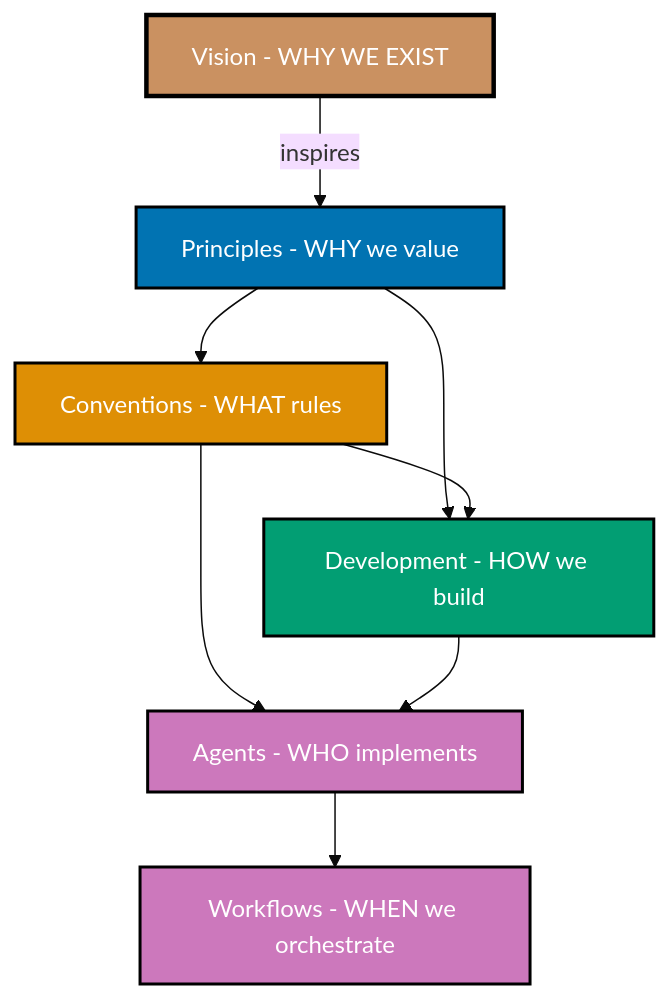
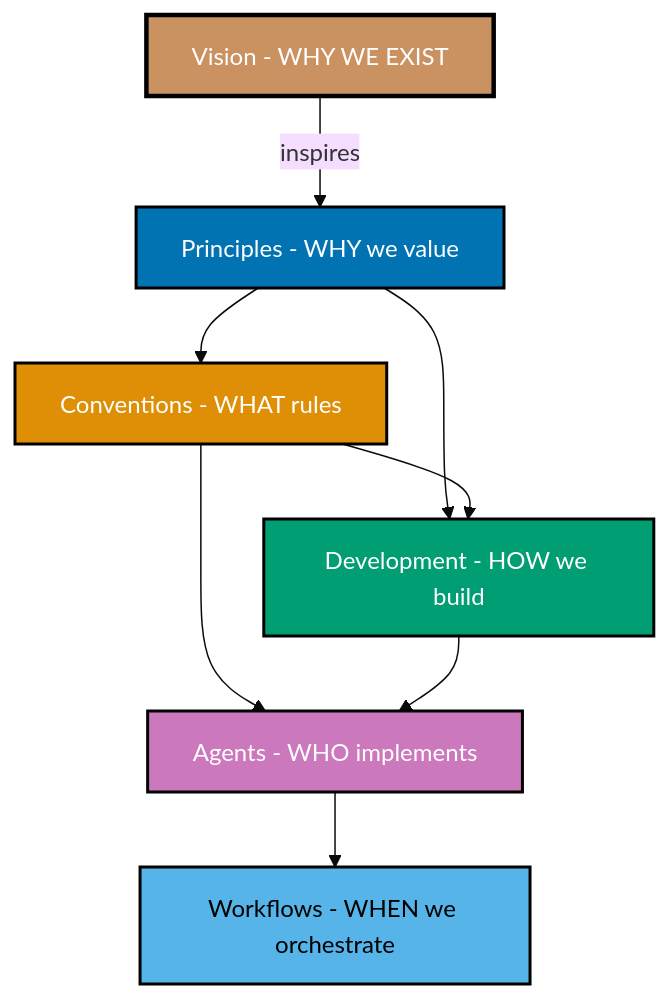
One commit to wahidyankf/open-sharia-enterprise changed the diagram in governance/vision/README.md. Above: the diagram before and after it, drawn with Mermaid (base theme). The commit also changed 148 other files, not shown here.

````diff
--- a/governance/vision/README.md
+++ b/governance/vision/README.md
@@ -24,26 +24,26 @@
 ```mermaid
 %% Color Palette: Blue #0173B2, Orange #DE8F05, Teal #029E73, Purple #CC78BC, Brown #CA9161
 %% All colors are color-blind friendly and meet WCAG AA contrast standards
 graph TD
     A[Vision - WHY WE EXIST]
     B[Principles - WHY we value]
     C[Conventions - WHAT rules]
     D[Development - HOW we build]
     E[Agents - WHO implements]
     F[Workflows - WHEN we orchestrate]
 
     A -->|inspires| B
     B --> C
     B --> D
     C --> D
     C --> E
     D --> E
     E --> F
 
     style A fill:#CA9161,stroke:#000000,color:#FFFFFF,stroke-width:3px
     style B fill:#0173B2,stroke:#000000,color:#FFFFFF,stroke-width:2px
     style C fill:#DE8F05,stroke:#000000,color:#FFFFFF,stroke-width:2px
     style D fill:#029E73,stroke:#000000,color:#FFFFFF,stroke-width:2px
     style E fill:#CC78BC,stroke:#000000,color:#FFFFFF,stroke-width:2px
-    style F fill:#CC78BC,stroke:#000000,color:#FFFFFF,stroke-width:2px
+    style F fill:#56B4E9,stroke:#000000,color:#000000,stroke-width:2px
 ```
````
